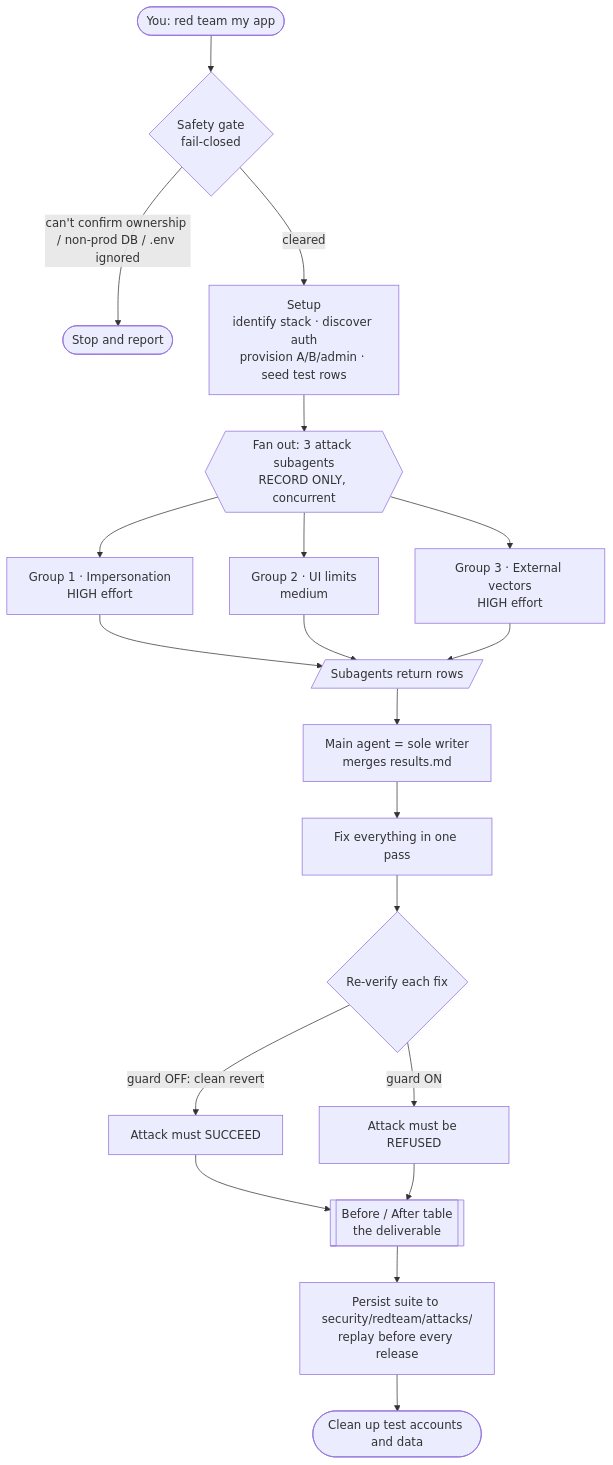
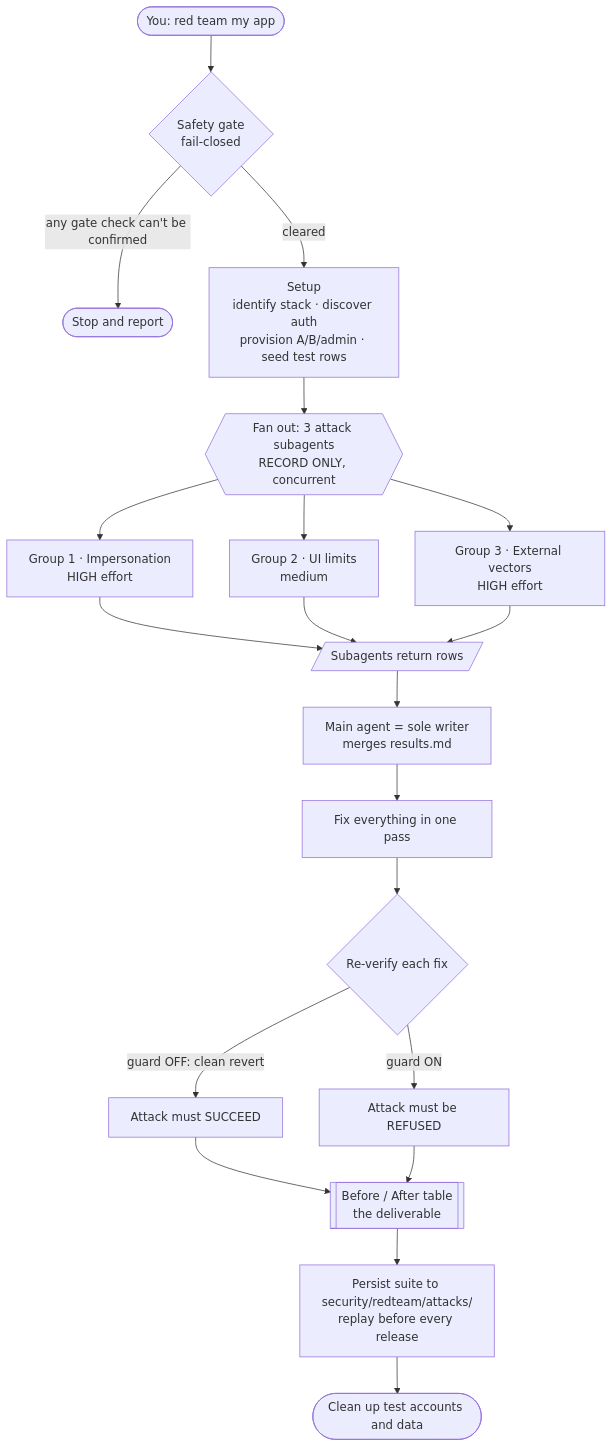
One commit to konraddzbik/red-team-skills changed the first of 2 diagrams in README.md. Above: the diagram before and after it, drawn with Mermaid. The commit also changed other lines of this file and 7 other files, not shown here.

````diff
--- a/README.md
+++ b/README.md
@@ -49,22 +49,22 @@
 ```mermaid
 flowchart TD
     A(["You: red team my app"]) --> G{"Safety gate<br/>fail-closed"}
-    G -- "can't confirm ownership / non-prod DB / .env ignored" --> STOP(["Stop and report"])
+    G -- "any gate check can't be confirmed" --> STOP(["Stop and report"])
     G -- "cleared" --> S["Setup<br/>identify stack · discover auth<br/>provision A/B/admin · seed test rows"]
     S --> F{{"Fan out: 3 attack subagents<br/>RECORD ONLY, concurrent"}}
     F --> G1["Group 1 · Impersonation<br/>HIGH effort"]
     F --> G2["Group 2 · UI limits<br/>medium"]
     F --> G3["Group 3 · External vectors<br/>HIGH effort"]
     G1 --> R[/"Subagents return rows"/]
     G2 --> R
     G3 --> R
     R --> M["Main agent = sole writer<br/>merges results.md"]
     M --> FIX["Fix everything in one pass"]
     FIX --> V{"Re-verify each fix"}
     V -- "guard OFF: clean revert" --> VO["Attack must SUCCEED"]
     V -- "guard ON" --> VN["Attack must be REFUSED"]
     VO --> BA[["Before / After table<br/>the deliverable"]]
     VN --> BA
     BA --> P["Persist suite to security/redteam/attacks/<br/>replay before every release"]
     P --> C(["Clean up test accounts and data"])
 ```
````
